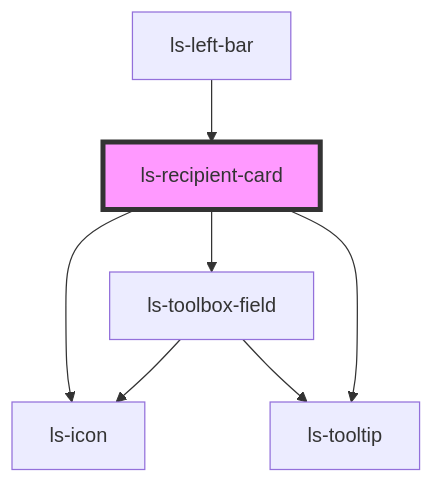
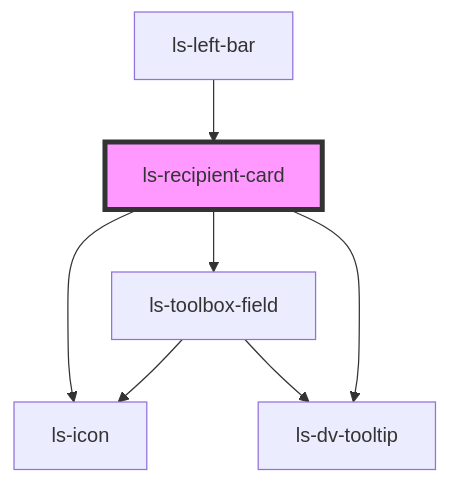
One commit to legalesign/ls-document-viewer changed the diagram in src/components/ls-recipient-card/readme.md. Above: the diagram before and after it, drawn with Mermaid. The commit also changed other lines of this file and 72 other files, not shown here.

````diff
--- a/src/components/ls-recipient-card/readme.md
+++ b/src/components/ls-recipient-card/readme.md
@@ -41,10 +41,10 @@
 ```mermaid
 graph TD;
   ls-recipient-card --> ls-icon
   ls-recipient-card --> ls-toolbox-field
-  ls-recipient-card --> ls-tooltip
+  ls-recipient-card --> ls-dv-tooltip
   ls-toolbox-field --> ls-icon
-  ls-toolbox-field --> ls-tooltip
+  ls-toolbox-field --> ls-dv-tooltip
   ls-left-bar --> ls-recipient-card
   style ls-recipient-card fill:#f9f,stroke:#333,stroke-width:4px
 ```
````
